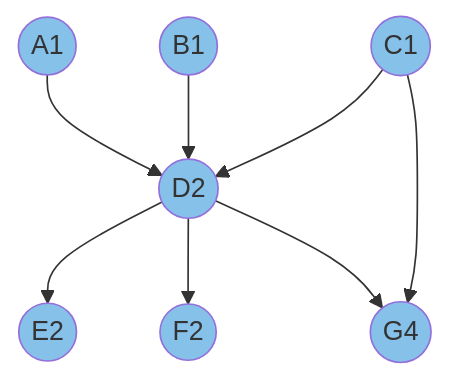
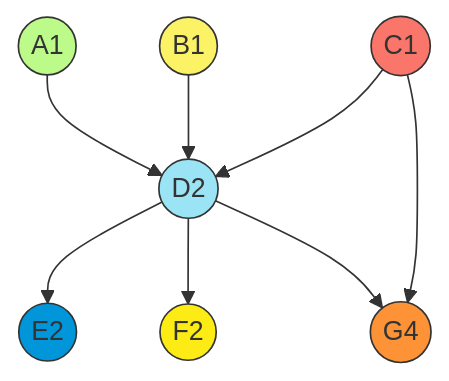
Before and after one commit to Chaklader/part-of-speech-tagging: the second of 13 diagrams in C_4.md, drawn with Mermaid. The commit also changed other lines of this file, not shown here.

````diff
--- a/C_4.md
+++ b/C_4.md
@@ -255,18 +256,19 @@
 ```mermaid
 graph TD
     A((A1)) --> D((D2))
     B((B1)) --> D
     C((C1)) --> D
     C --> G((G4))
     D --> E((E2))
     D --> F((F2))
     D --> G
 
-    style A fill:#85C1E9
-    style B fill:#85C1E9
-    style C fill:#85C1E9
-    style D fill:#85C1E9
-    style E fill:#85C1E9
-    style F fill:#85C1E9
-    style G fill:#85C1E9
+    style A fill:#BCFB89,stroke:#333,stroke-width:1px
+    style B fill:#FBF266,stroke:#333,stroke-width:1px
+    style C fill:#FA756A,stroke:#333,stroke-width:1px
+    style D fill:#9AE4F5,stroke:#333,stroke-width:1px
+    style E fill:#0096D9,stroke:#333,stroke-width:1px
+    style F fill:#FCEB14,stroke:#333,stroke-width:1px
+    style G fill:#FE9237,stroke:#333,stroke-width:1px
+
 ```
````
